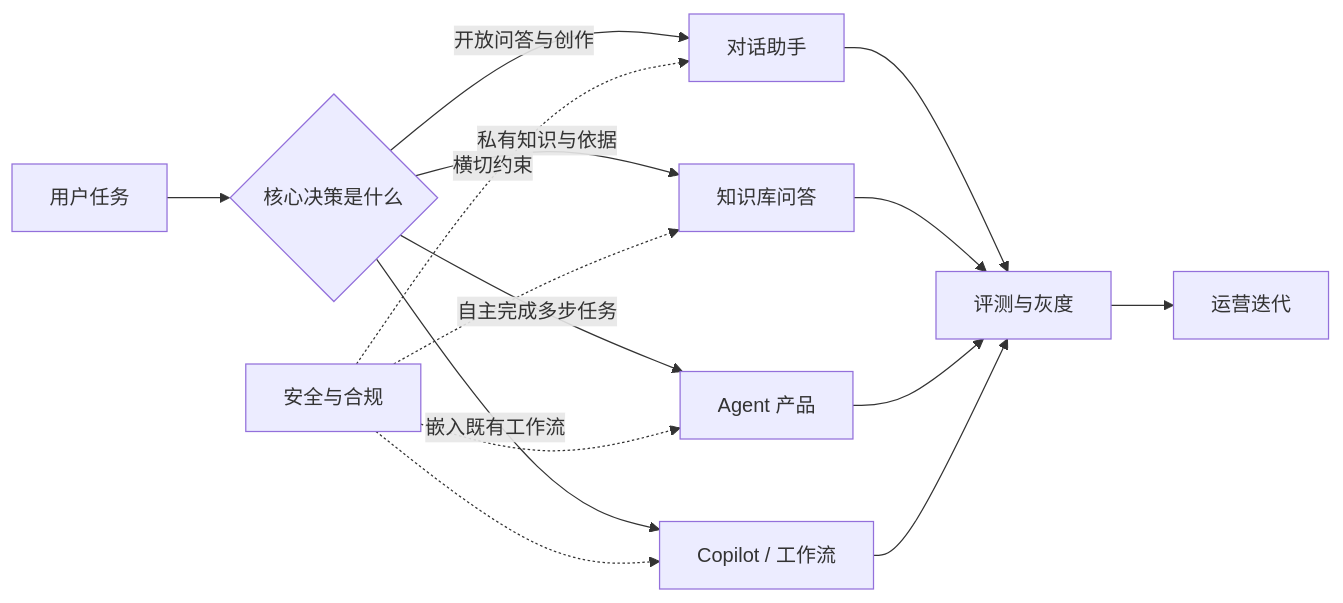
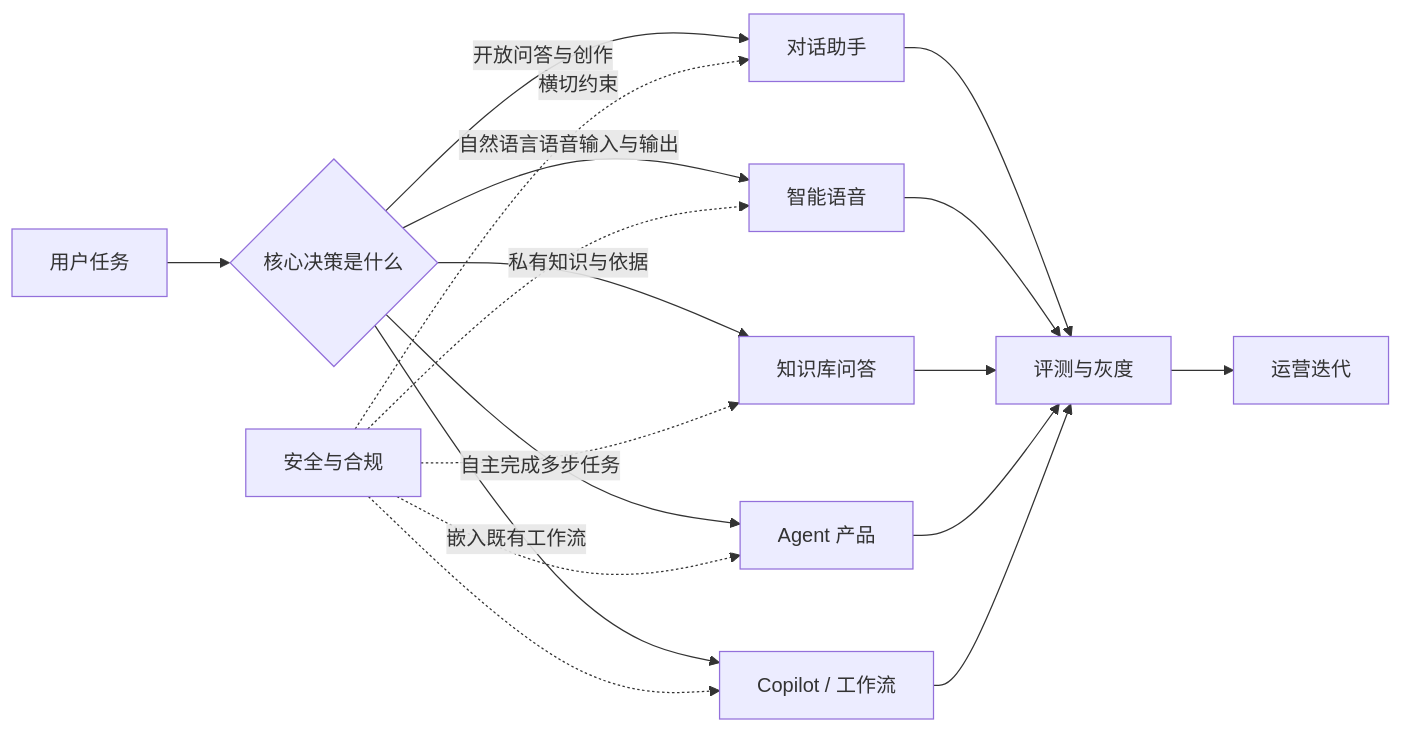
Before and after one commit to AI-PM-Wiki/AIPM: the diagram in docs/practice/index.md, drawn with Mermaid. The commit also changed other lines of this file and 248 other files, not shown here.

````diff
--- a/docs/practice/index.md
+++ b/docs/practice/index.md
@@ -23,17 +23,20 @@
 ```mermaid
 flowchart LR
     task[用户任务] --> decision{核心决策是什么}
     decision -->|开放问答与创作| chat[对话助手]
+    decision -->|自然语言语音输入与输出| voice[智能语音]
     decision -->|私有知识与依据| kb[知识库问答]
     decision -->|自主完成多步任务| agent[Agent 产品]
     decision -->|嵌入既有工作流| copilot[Copilot / 工作流]
     safe[安全与合规] -.横切约束.-> chat
+    safe -.-> voice
     safe -.-> kb
     safe -.-> agent
     safe -.-> copilot
     chat --> eval[评测与灰度]
+    voice --> eval
     kb --> eval
     agent --> eval
     copilot --> eval
     eval --> operate[运营迭代]
 ```
````
